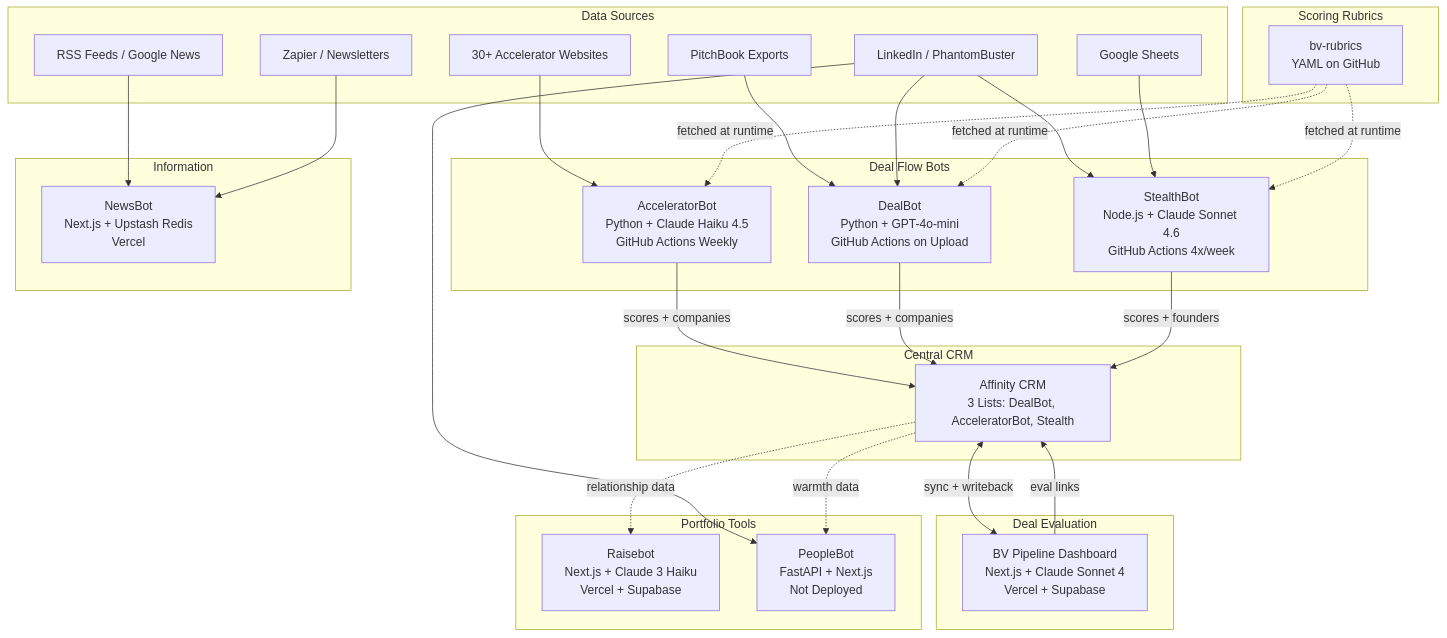
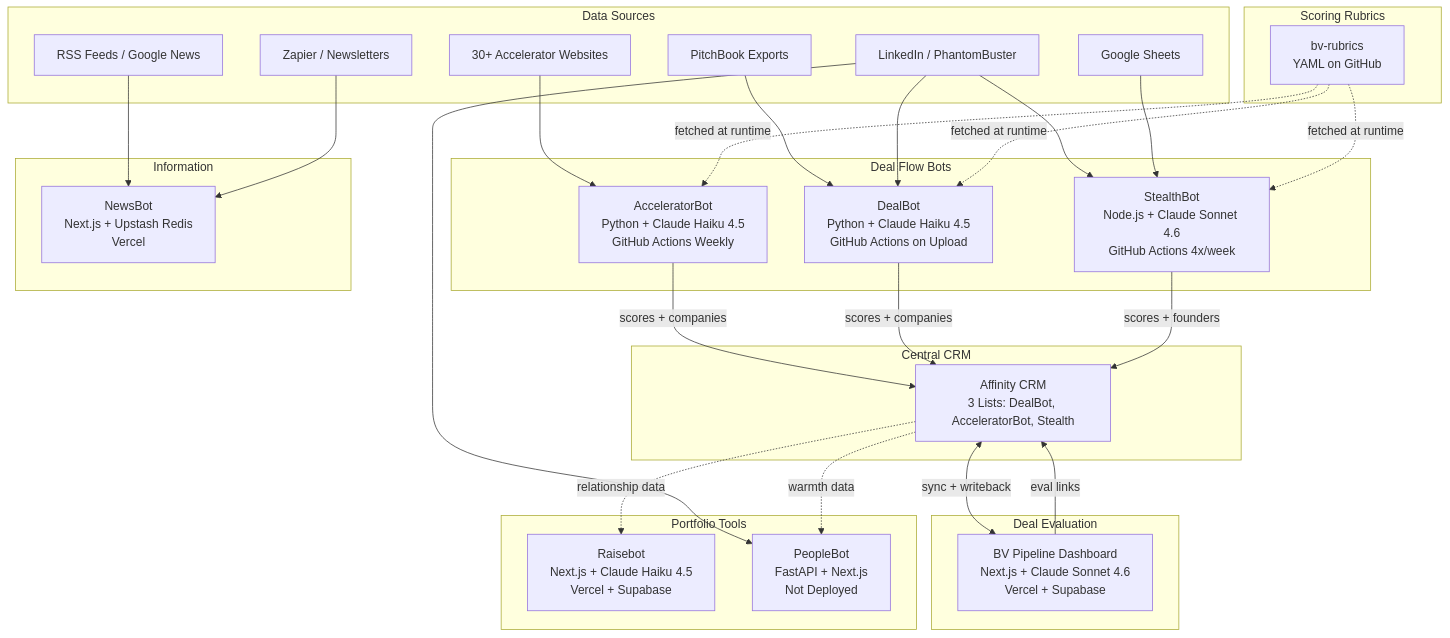
The diagram in diagrams/ecosystem.md (BV-Eng/bv-engineering-docs), drawn with Mermaid before and after one commit. The commit also changed 11 other files, not shown here.

````diff
--- a/diagrams/ecosystem.md
+++ b/diagrams/ecosystem.md
@@ -5,61 +5,61 @@
 ```mermaid
 graph TB
     subgraph "Data Sources"
         ACC[30+ Accelerator Websites]
         PB[PitchBook Exports]
         LI[LinkedIn / PhantomBuster]
         GS[Google Sheets]
         RSS[RSS Feeds / Google News]
         ZAP[Zapier / Newsletters]
     end
 
     subgraph "Scoring Rubrics"
         RUB[bv-rubrics<br/>YAML on GitHub]
     end
 
     subgraph "Deal Flow Bots"
         ABOT[AcceleratorBot<br/>Python + Claude Haiku 4.5<br/>GitHub Actions Weekly]
-        DBOT[DealBot<br/>Python + GPT-4o-mini<br/>GitHub Actions on Upload]
+        DBOT[DealBot<br/>Python + Claude Haiku 4.5<br/>GitHub Actions on Upload]
         SBOT[StealthBot<br/>Node.js + Claude Sonnet 4.6<br/>GitHub Actions 4x/week]
     end
 
     subgraph "Central CRM"
         AFF[Affinity CRM<br/>3 Lists: DealBot, AcceleratorBot, Stealth]
     end
 
     subgraph "Deal Evaluation"
-        PIPE[BV Pipeline Dashboard<br/>Next.js + Claude Sonnet 4<br/>Vercel + Supabase]
+        PIPE[BV Pipeline Dashboard<br/>Next.js + Claude Sonnet 4.6<br/>Vercel + Supabase]
     end
 
     subgraph "Portfolio Tools"
-        RAISE[Raisebot<br/>Next.js + Claude 3 Haiku<br/>Vercel + Supabase]
+        RAISE[Raisebot<br/>Next.js + Claude Haiku 4.5<br/>Vercel + Supabase]
         PEOPLE[PeopleBot<br/>FastAPI + Next.js<br/>Not Deployed]
     end
 
     subgraph "Information"
         NEWS[NewsBot<br/>Next.js + Upstash Redis<br/>Vercel]
     end
 
     ACC --> ABOT
     PB --> DBOT
     LI --> SBOT
     LI --> DBOT
     LI --> PEOPLE
     GS --> SBOT
     RSS --> NEWS
     ZAP --> NEWS
 
     RUB -.->|fetched at runtime| ABOT
     RUB -.->|fetched at runtime| DBOT
     RUB -.->|fetched at runtime| SBOT
 
     ABOT -->|scores + companies| AFF
     DBOT -->|scores + companies| AFF
     SBOT -->|scores + founders| AFF
 
     AFF <-->|sync + writeback| PIPE
     AFF -.->|relationship data| RAISE
     AFF -.->|warmth data| PEOPLE
 
     PIPE -->|eval links| AFF
 ```
````
